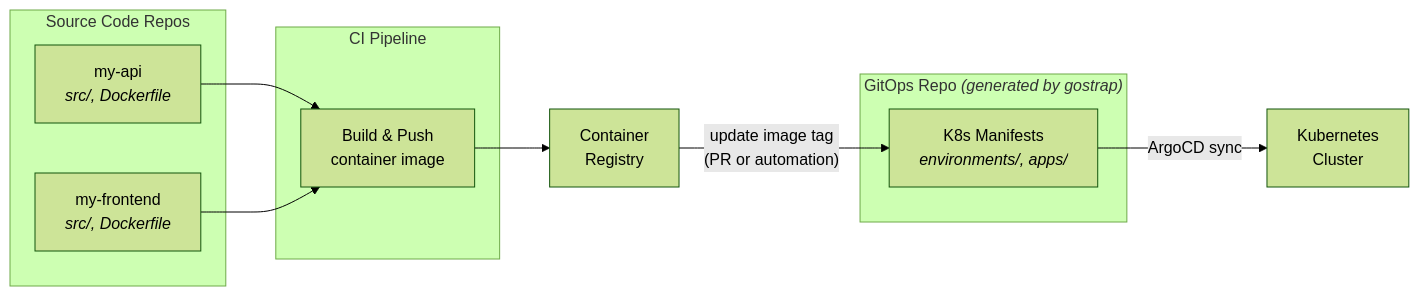
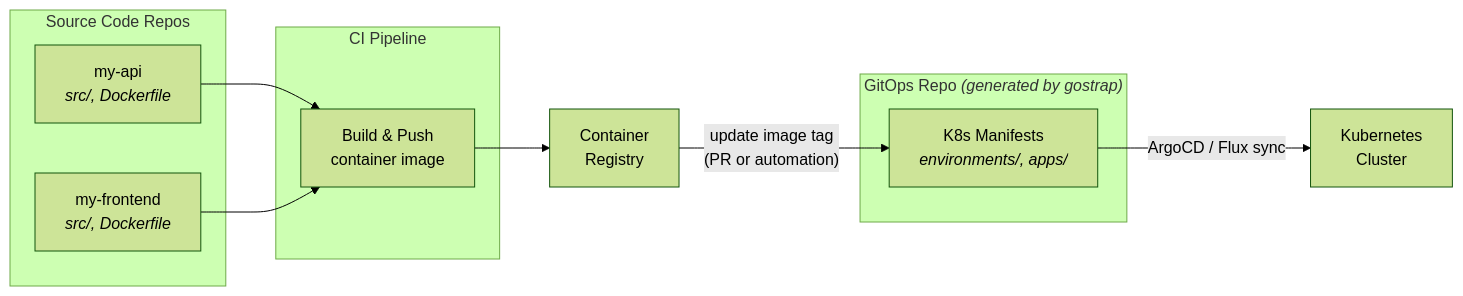
Before and after one commit to y0s3ph/gitops-bootstrap: the first of 2 diagrams in README.md, drawn with Mermaid (forest theme). The commit also changed other lines of this file, not shown here.

First line of the commit message:
docs: update README to reflect Flux CD support

````diff
--- a/README.md
+++ b/README.md
@@ -114,25 +118,25 @@
 ```mermaid
 graph LR
     subgraph Source["Source Code Repos"]
         API["my-api<br/><i>src/, Dockerfile</i>"]
         FE["my-frontend<br/><i>src/, Dockerfile</i>"]
     end
 
     subgraph CI["CI Pipeline"]
         Build["Build & Push<br/>container image"]
     end
 
     Registry["Container<br/>Registry"]
 
     subgraph GitOps["GitOps Repo <i>(generated by gostrap)</i>"]
         Manifests["K8s Manifests<br/><i>environments/, apps/</i>"]
     end
 
     K8s["Kubernetes<br/>Cluster"]
 
     API --> Build
     FE --> Build
     Build --> Registry
     Registry -- "update image tag<br/>(PR or automation)" --> Manifests
-    Manifests -- "ArgoCD sync" --> K8s
+    Manifests -- "ArgoCD / Flux sync" --> K8s
 ```
````
